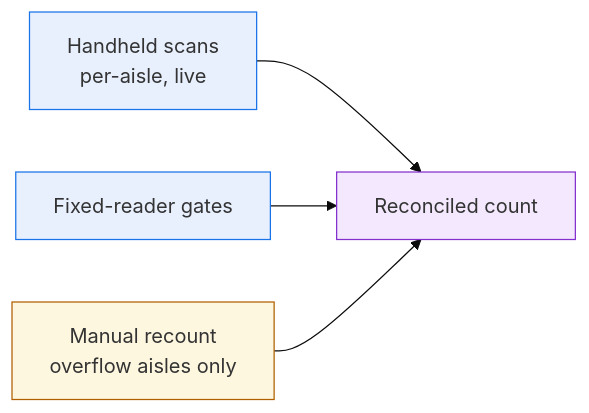
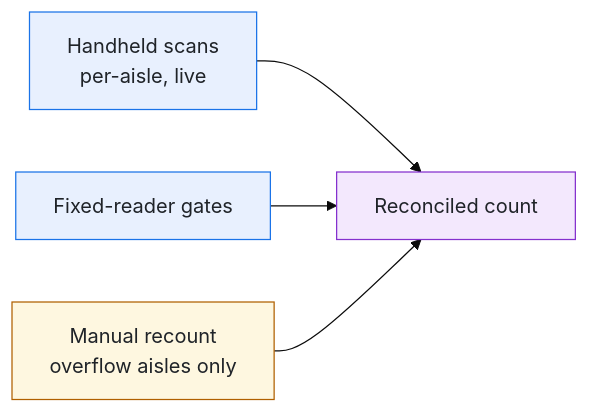
One commit to alex-yanchenko/skaldr changed the fifth of 5 diagrams in tests/golden/example.notion/page.md. Above: the diagram before and after it, drawn with Mermaid (base theme). The commit also changed other lines of this file and 13 other files, not shown here.

````diff
--- a/tests/golden/example.notion/page.md
+++ b/tests/golden/example.notion/page.md
@@ -343,13 +343,13 @@
 ```mermaid
 flowchart LR
     hub["Reconciled count"]:::accent
     s1["Handheld scans<br>per-aisle, live"]:::info
     s2["Fixed-reader gates"]:::info
     s3["Manual recount<br>overflow aisles only"]:::warning
     s1 --> hub
     s2 --> hub
     s3 --> hub
-    classDef accent fill:#f3e8fd,stroke:#8430ce
-    classDef info fill:#e8f0fe,stroke:#1a73e8
-    classDef warning fill:#fef7e0,stroke:#b06000
+    classDef accent fill:#f3e8fd,stroke:#8430ce,color:#1f2328
+    classDef info fill:#e8f0fe,stroke:#1a73e8,color:#1f2328
+    classDef warning fill:#fef7e0,stroke:#b06000,color:#1f2328
 ```
````
